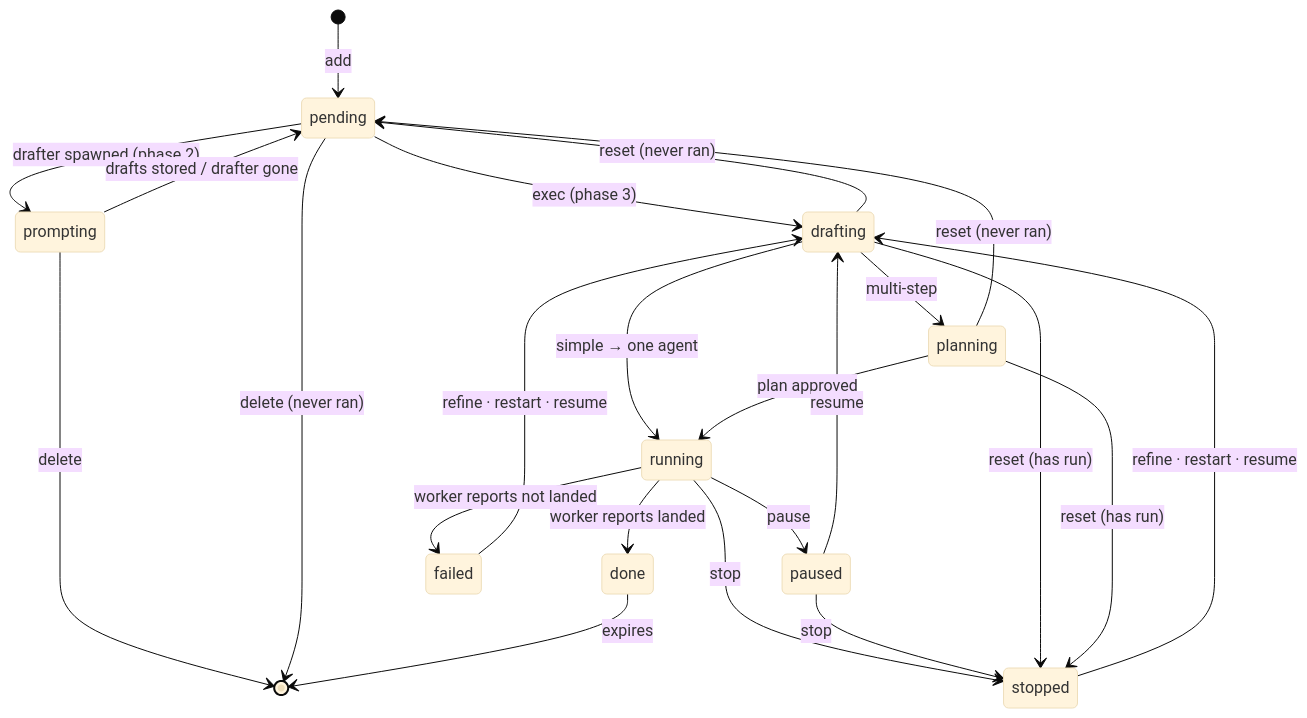
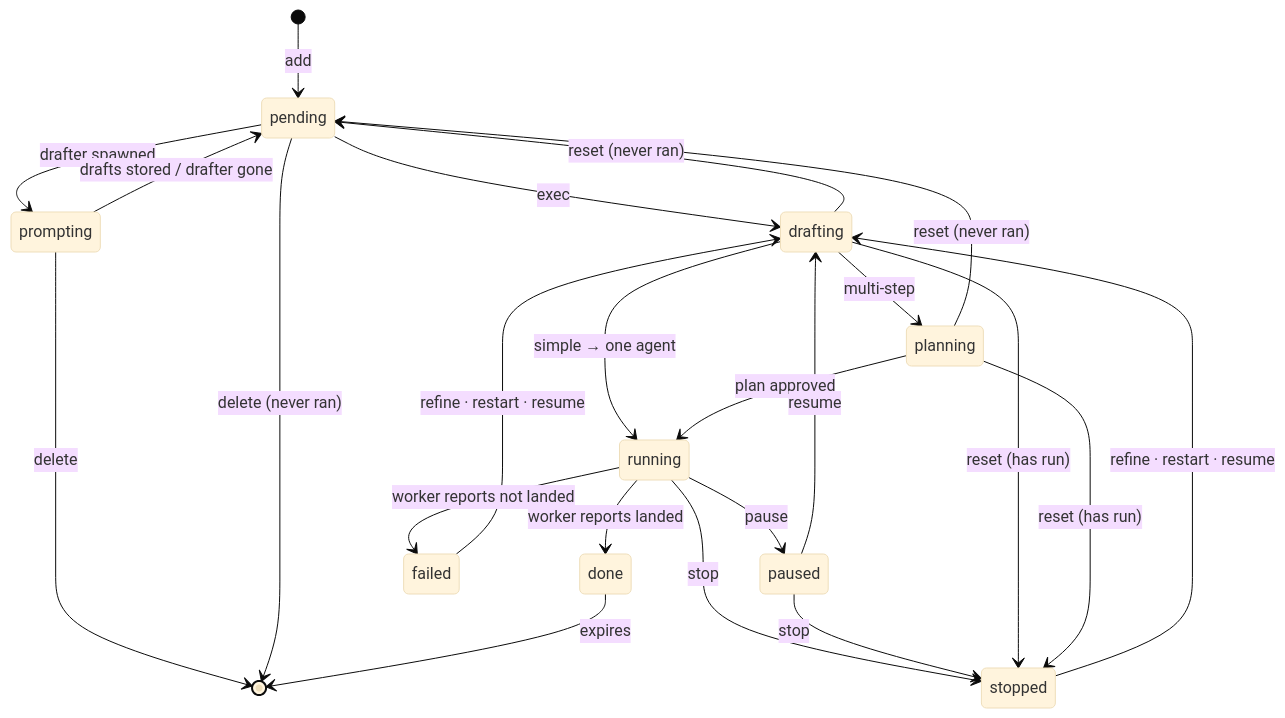
Before and after one commit to declanshanaghy/hermes-todo: the third of 3 diagrams in docs/architecture.md, drawn with Mermaid (base theme). The commit also changed other lines of this file and 24 other files, not shown here.

First line of the commit message:
core: phases 2-5 — drafter, exec runner, /todo verbs, tracing, the pane

````diff
--- a/docs/architecture.md
+++ b/docs/architecture.md
@@ -66,31 +96,31 @@
 ```mermaid
 stateDiagram-v2
   direction TB
   [*] --> pending: add
-  pending --> prompting: drafter spawned (phase 2)
+  pending --> prompting: drafter spawned
   prompting --> pending: drafts stored / drafter gone
 
-  pending --> drafting: exec (phase 3)
+  pending --> drafting: exec
   drafting --> planning: multi-step
   drafting --> running: simple → one agent
   planning --> running: plan approved
 
   running --> paused: pause
   paused --> drafting: resume
   running --> stopped: stop
   paused --> stopped: stop
   running --> done: worker reports landed
   running --> failed: worker reports not landed
 
   stopped --> drafting: refine · restart · resume
   failed --> drafting: refine · restart · resume
 
   drafting --> pending: reset (never ran)
   planning --> pending: reset (never ran)
   drafting --> stopped: reset (has run)
   planning --> stopped: reset (has run)
 
   prompting --> [*]: delete
   pending --> [*]: delete (never ran)
   done --> [*]: expires
 ```
````
